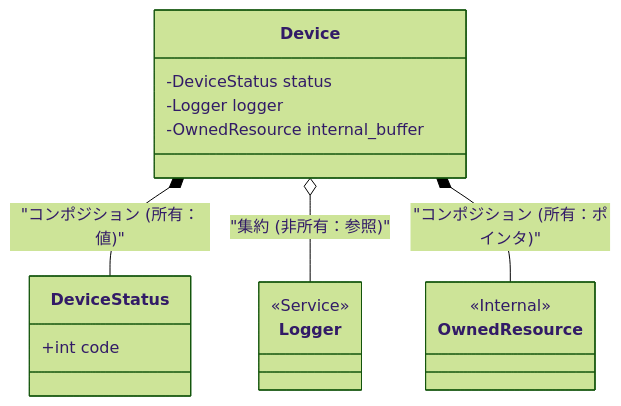
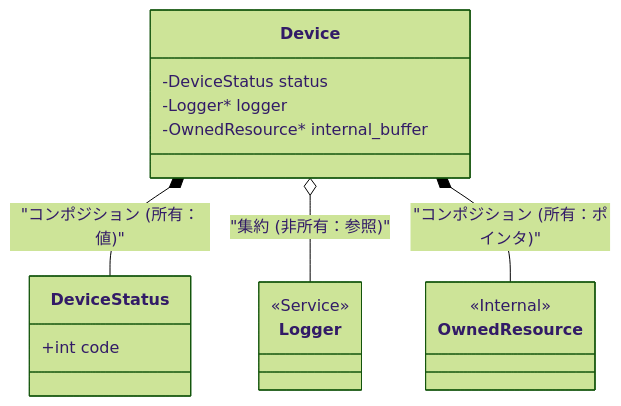
The fifth of 5 diagrams in 02_章別/05_第1部 第3章 構造体設計とコンポジション - データと責任の統合_01.md (kumachan1101/BookProject), drawn with Mermaid (forest theme) before and after one commit. The commit also changed other lines of this file and 113 other files, not shown here.

````diff
--- a/02_章別/05_第1部 第3章 構造体設計とコンポジション - データと責任の統合_01.md
+++ b/02_章別/05_第1部 第3章 構造体設計とコンポジション - データと責任の統合_01.md
@@ -616,22 +526,22 @@
 ```mermaid
     classDiagram
     direction TB
     class Device {
         -DeviceStatus status
-        -Logger logger
-        -OwnedResource internal_buffer
+        -Logger* logger
+        -OwnedResource* internal_buffer
     }
     class DeviceStatus {
         +int code
     }
     class Logger {
         <<Service>>
     }
     class OwnedResource {
         <<Internal>>
     }
-    
+
     Device *-- DeviceStatus : "コンポジション (所有：値)"
     Device o-- Logger : "集約 (非所有：参照)"
     Device *-- OwnedResource : "コンポジション (所有：ポインタ)"
 ```
````
